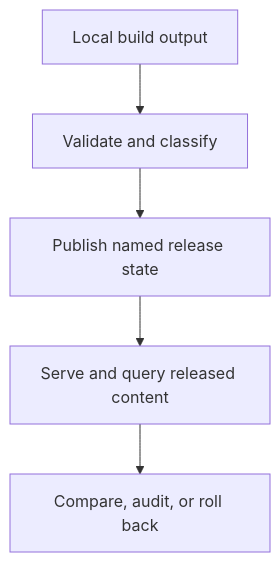
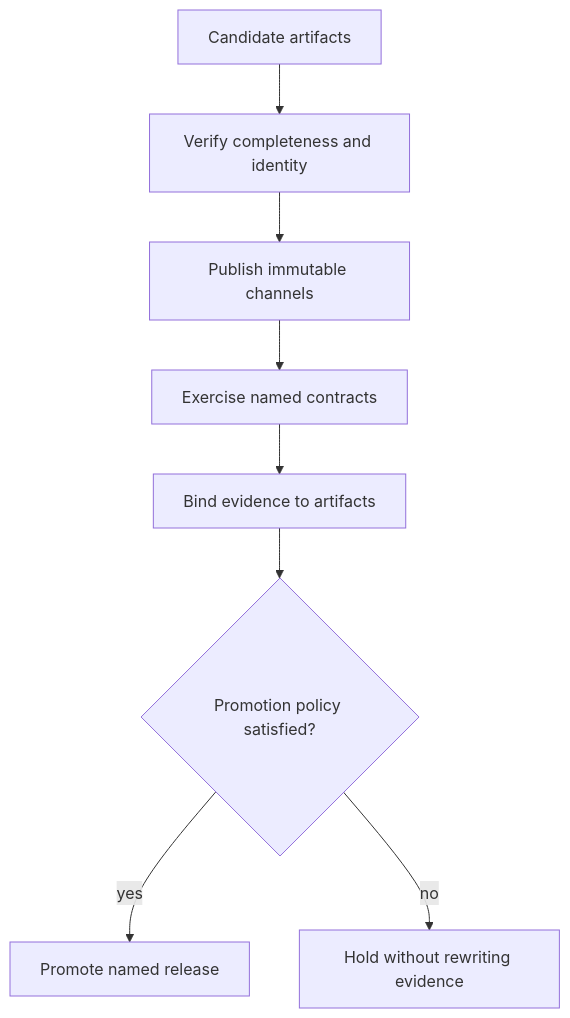
The second of 2 diagrams in docs/bijux-atlas/foundations/release-model.md (bijux/bijux-atlas), drawn with Mermaid before and after one commit. The commit also changed other lines of this file and 2 other files, not shown here.

Commit message:
docs(ownership): map package release and runtime authorities

````diff
--- a/docs/bijux-atlas/foundations/release-model.md
+++ b/docs/bijux-atlas/foundations/release-model.md
@@ -20,7 +53,10 @@
 ```mermaid
 flowchart TD
-    Build[Local build output] --> Validate[Validate and classify]
-    Validate --> Publish[Publish named release state]
-    Publish --> Serve[Serve and query released content]
-    Serve --> Compare[Compare, audit, or roll back]
+    Candidate[Candidate artifacts] --> Verify[Verify completeness and identity]
+    Verify --> Publish[Publish immutable channels]
+    Publish --> Exercise[Exercise named contracts]
+    Exercise --> Packet[Bind evidence to artifacts]
+    Packet --> Decision{Promotion policy satisfied?}
+    Decision -->|yes| Promote[Promote named release]
+    Decision -->|no| Hold[Hold without rewriting evidence]
 ```
````
